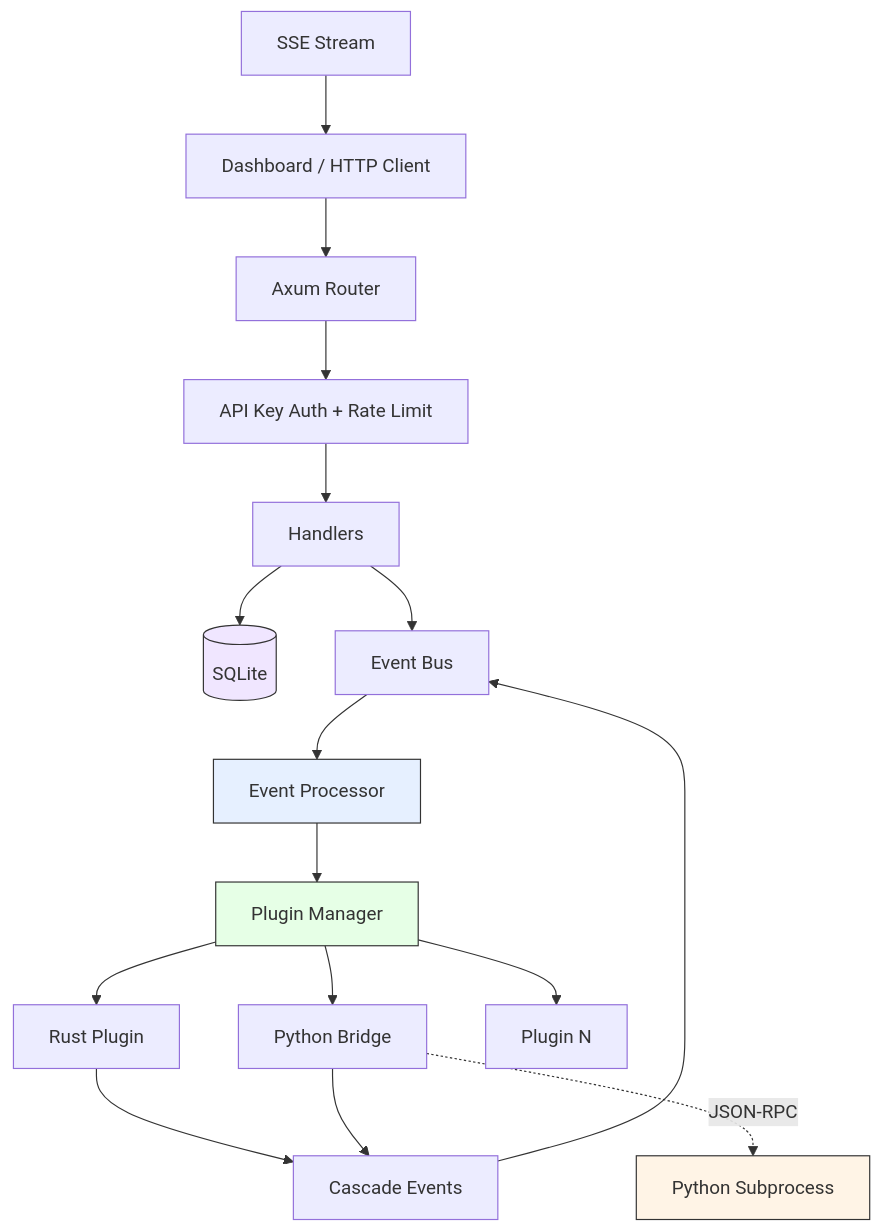
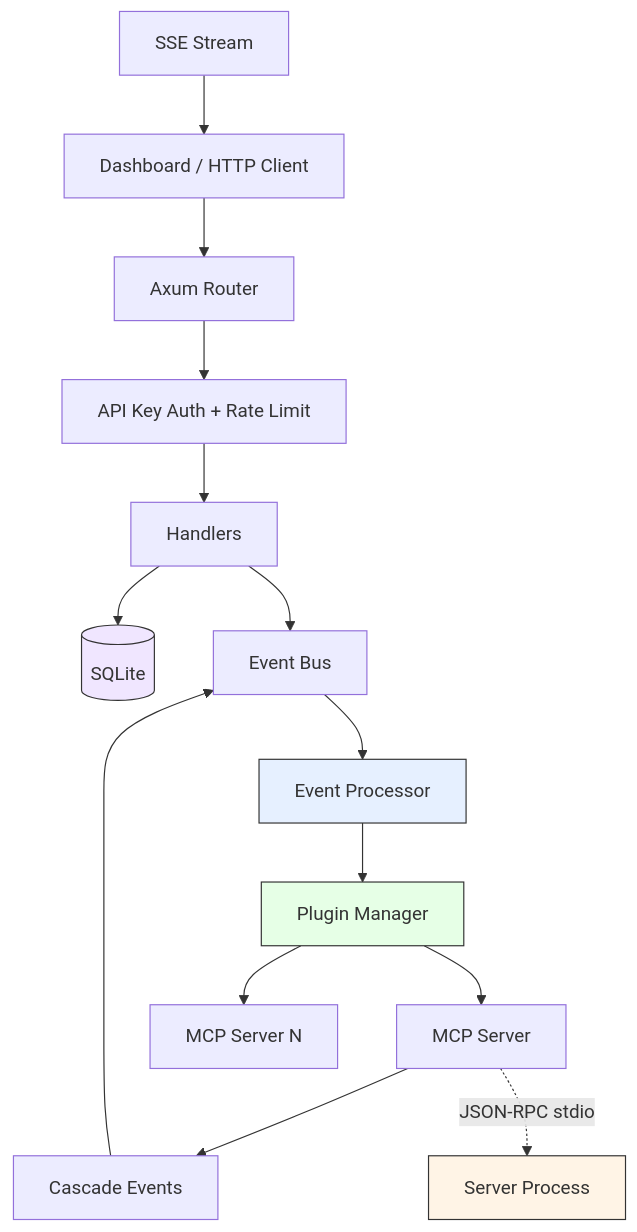
Before and after one commit to Cloto-dev/ClotoCore: the diagram in README.md, drawn with Mermaid. The commit also changed other lines of this file and 6 other files, not shown here.

First line of the commit message:
Update docs for MCP-only architecture

````diff
--- a/README.md
+++ b/README.md
@@ -48,29 +48,27 @@
 ```mermaid
 graph TB
     Client[Dashboard / HTTP Client] --> Router[Axum Router]
     Router --> Auth[API Key Auth + Rate Limit]
     Auth --> Handlers[Handlers]
 
     Handlers --> DB[(SQLite)]
     Handlers --> EventBus[Event Bus]
 
     EventBus --> Processor[Event Processor]
     Processor --> Manager[Plugin Manager]
 
-    Manager --> P1[Rust Plugin]
-    Manager --> P2[Python Bridge]
-    Manager --> PN[Plugin N]
+    Manager --> MCP1[MCP Server]
+    Manager --> MCPN[MCP Server N]
 
-    P1 --> Cascade[Cascade Events]
-    P2 --> Cascade
+    MCP1 --> Cascade[Cascade Events]
     Cascade --> EventBus
 
-    P2 -.->|JSON-RPC| Python[Python Subprocess]
+    MCP1 -.->|JSON-RPC stdio| Process1[Server Process]
 
     SSE[SSE Stream] --> Client
 
     style DB fill:#f0e6ff,stroke:#333
     style Processor fill:#e6f0ff,stroke:#333
     style Manager fill:#e6ffe6,stroke:#333
-    style Python fill:#fff4e6,stroke:#333
+    style Process1 fill:#fff4e6,stroke:#333
 ```
````
